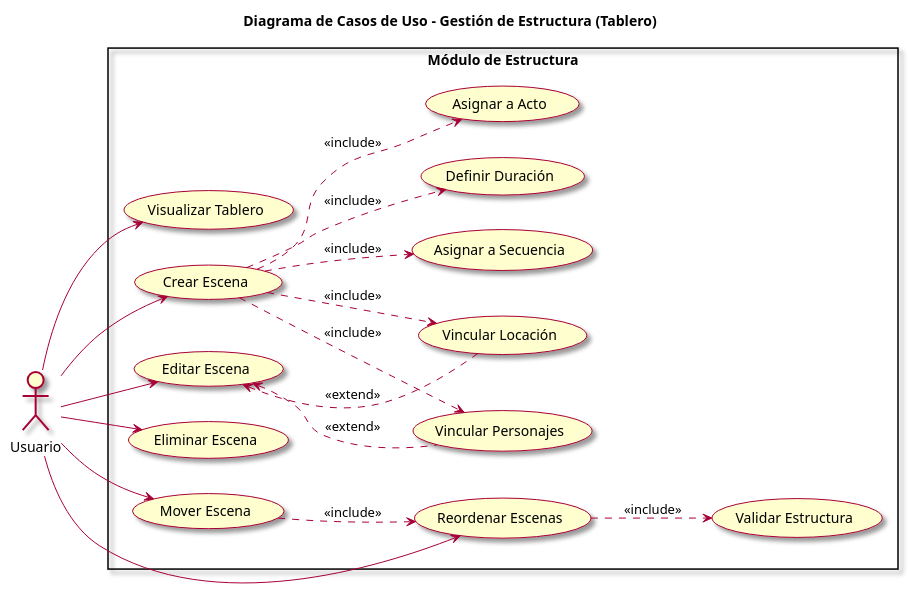
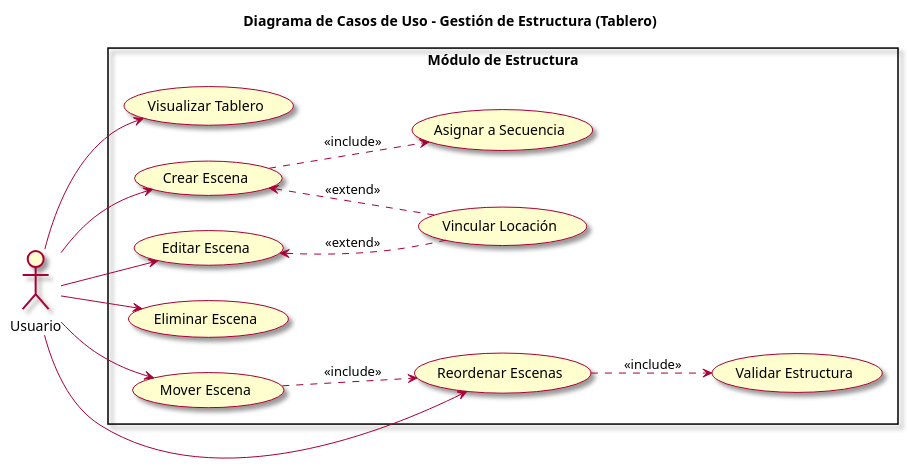
Before and after one commit to Dreamink-SNPP/AnalysisDesign: the diagram in DiagramasCasosDeUso/Estructura.plantuml, drawn with PlantUML.

Commit message:
Update Estructura use case deleting unnecessary relationships

```diff
--- a/DiagramasCasosDeUso/Estructura.plantuml
+++ b/DiagramasCasosDeUso/Estructura.plantuml
@@ -1,45 +1,38 @@
 @startuml Gestion_Estructura
 title Diagrama de Casos de Uso - Gestión de Estructura (Tablero)
 skin rose
 
 left to right direction
 skinparam packageStyle rectangle
 
 actor "Usuario" as User
 
 rectangle "Módulo de Estructura" {
     usecase "Visualizar Tablero" as UCE1
     usecase "Crear Escena" as UCE2
     usecase "Editar Escena" as UCE3
     usecase "Eliminar Escena" as UCE4
     usecase "Mover Escena" as UCE5
-    usecase "Asignar a Acto" as UCE6
     usecase "Asignar a Secuencia" as UCE7
     usecase "Vincular Locación" as UCE8
-    usecase "Vincular Personajes" as UCE9
-    usecase "Definir Duración" as UCE10
     usecase "Reordenar Escenas" as UCE11
     usecase "Validar Estructura" as UCE12
 }
 
 User --> UCE1
 User --> UCE2
 User --> UCE3
 User --> UCE4
 User --> UCE5
 User --> UCE11
 
-' Include relationships
-UCE2 ..> UCE6 : <<include>>
+' Include relationships - OBLIGATORIOS
 UCE2 ..> UCE7 : <<include>>
-UCE2 ..> UCE8 : <<include>>
-UCE2 ..> UCE9 : <<include>>
-UCE2 ..> UCE10 : <<include>>
 UCE5 ..> UCE11 : <<include>>
 UCE11 ..> UCE12 : <<include>>
 
-' Extend relationships
+' Extend relationships - OPCIONALES
+UCE2 <.. UCE8 : <<extend>>
 UCE3 <.. UCE8 : <<extend>>
-UCE3 <.. UCE9 : <<extend>>
 
 @enduml
```
